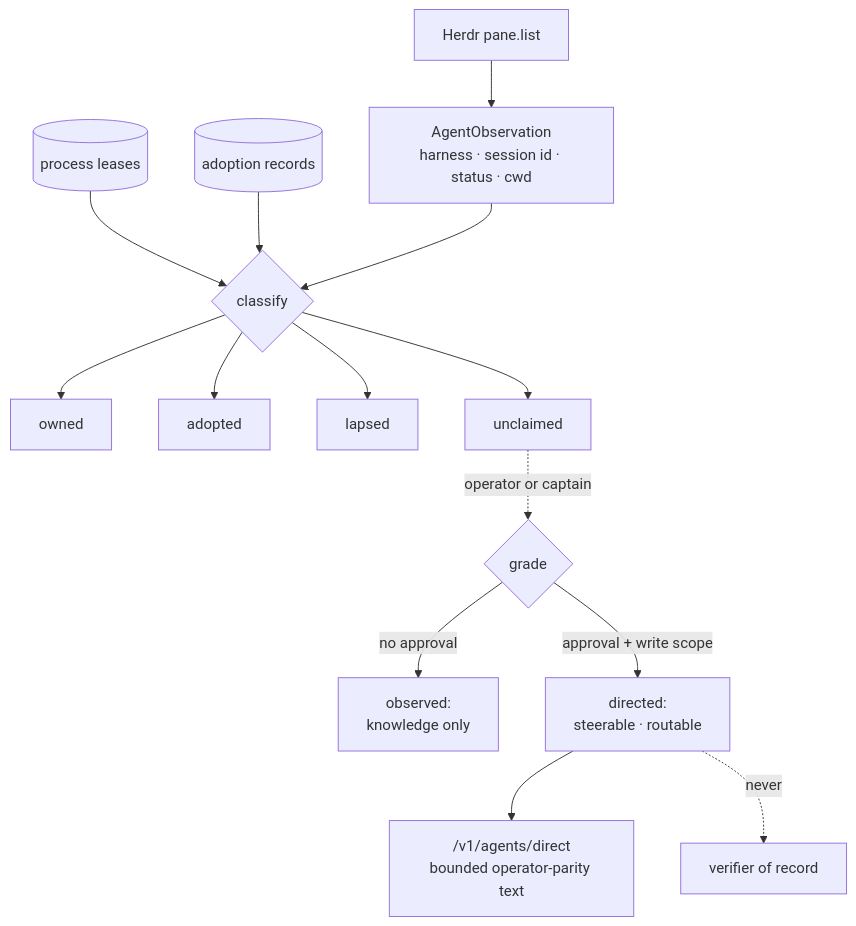
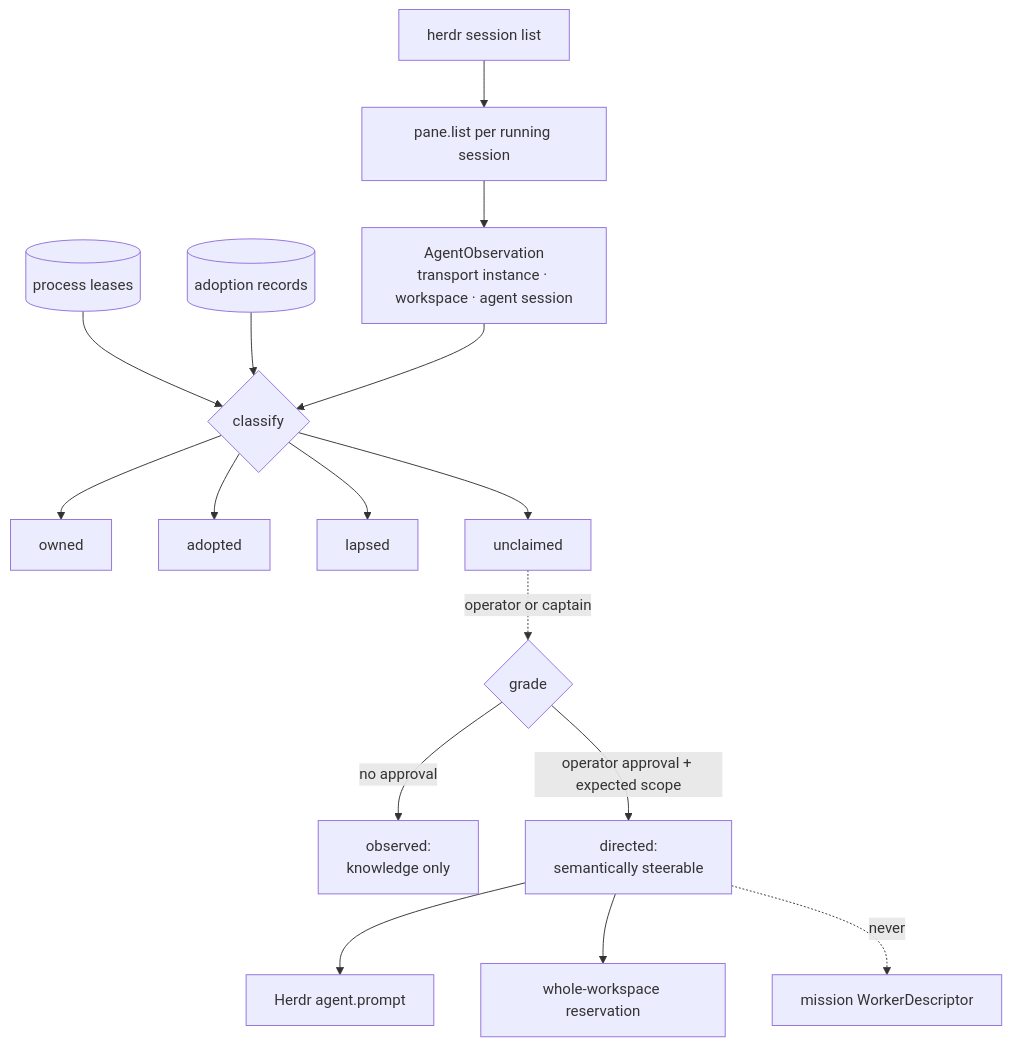
One commit to Volpestyle/clankie changed the fourth of 5 diagrams in docs/01-architecture.md. Above: the diagram before and after it, drawn with Mermaid. The commit also changed other lines of this file and 33 other files, not shown here.

Commit message:
fix: make adopted-agent coordination workspace-safe

````diff
--- a/docs/01-architecture.md
+++ b/docs/01-architecture.md
@@ -341,13 +342,15 @@
 ```mermaid
 flowchart TB
-  T["Herdr pane.list"] --> O["AgentObservation<br/>harness · session id · status · cwd"]
+  D["herdr session list"] --> T["pane.list per running session"]
+  T --> O["AgentObservation<br/>transport instance · workspace · agent session"]
   L[("process leases")] --> C{classify}
   A[("adoption records")] --> C
   O --> C
   C --> OW[owned] & AD[adopted] & LA[lapsed] & UN[unclaimed]
   UN -.->|operator or captain| G{grade}
   G -->|no approval| OBS["observed:<br/>knowledge only"]
-  G -->|approval + write scope| DIR["directed:<br/>steerable · routable"]
-  DIR --> S["/v1/agents/direct<br/>bounded operator-parity text"]
-  DIR -.->|never| V[verifier of record]
+  G -->|operator approval + expected scope| DIR["directed:<br/>semantically steerable"]
+  DIR --> S["Herdr agent.prompt"]
+  DIR --> R["whole-workspace reservation"]
+  DIR -.->|never| V["mission WorkerDescriptor"]
 ```
````
